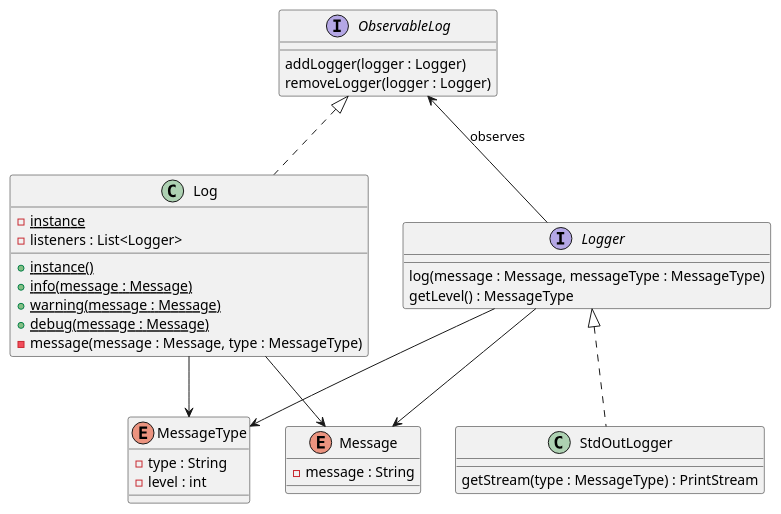
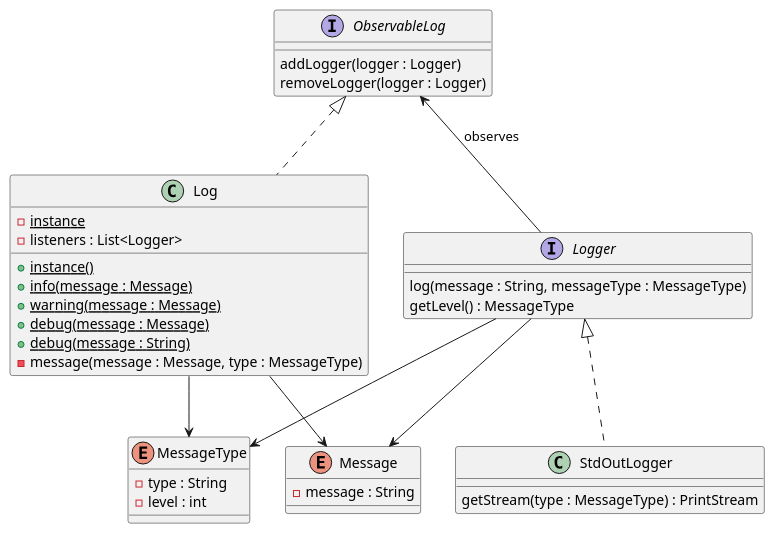
Before and after one commit to ProgrammingLife2015/geex: the diagram in src/site/diagrams/geex-logger.puml, drawn with PlantUML. The commit also changed 6 other files, not shown here.

Commit message:
Basic graph filter reordering

```diff
--- a/src/site/diagrams/geex-logger.puml
+++ b/src/site/diagrams/geex-logger.puml
@@ -1,41 +1,42 @@
 @startuml
 
 interface ObservableLog {
     addLogger(logger : Logger)
     removeLogger(logger : Logger)
 }
 class Log implements ObservableLog {
     -{static}instance
     -listeners : List<Logger>
 
     +{static}instance()
     +{static}info(message : Message)
     +{static}warning(message : Message)
     +{static}debug(message : Message)
+    +{static}debug(message : String)
     -message(message : Message, type : MessageType)
 }
 
 interface Logger {
-    log(message : Message, messageType : MessageType)
+    log(message : String, messageType : MessageType)
     getLevel() : MessageType
 }
 class StdOutLogger implements Logger {
     getStream(type : MessageType) : PrintStream
 }
 
 enum Message {
     -message : String
 }
 enum MessageType {
     -type : String
     -level : int
 }
 
 Logger --> Message
 Logger --> MessageType
 
 Log --> Message
 Log --> MessageType
 
 ObservableLog <-- Logger : observes
 @enduml
```
